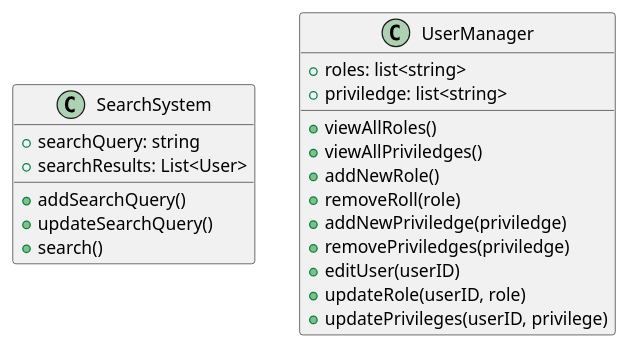
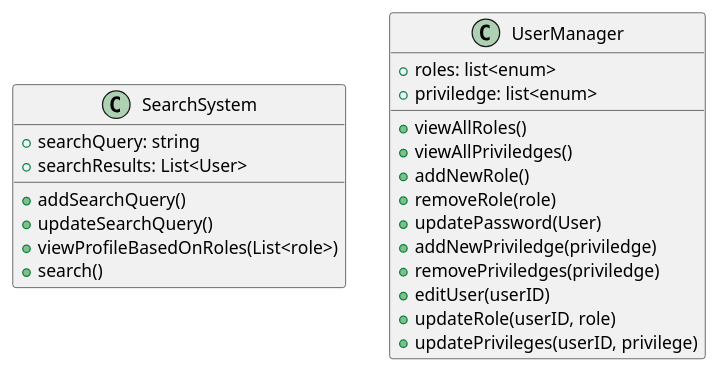
The diagram in manage_users.plantuml (anshium/DASS-Assignment-3-IMS-System-Design), drawn with PlantUML before and after one commit. The commit also changed 4 other files, not shown here.

```diff
--- a/manage_users.plantuml
+++ b/manage_users.plantuml
@@ -1,29 +1,31 @@
 @startuml manage_users
 
 class SearchSystem {
    + searchQuery: string
    + searchResults: List<User>
 
    + addSearchQuery()
    + updateSearchQuery()
+   + viewProfileBasedOnRoles(List<role>)
    + search()
 }
 
 class UserManager {
-	+ roles: list<string>
-	+ priviledge: list<string>
+	+ roles: list<enum>
+	+ priviledge: list<enum>
 	
 	+ viewAllRoles()
 	+ viewAllPriviledges()
 	+ addNewRole()
-	+ removeRoll(role)
+	+ removeRole(role)
+	+ updatePassword(User)
 	+ addNewPriviledge(priviledge)
 	+ removePriviledges(priviledge)
 	+ editUser(userID)
 	+ updateRole(userID, role)
 	+ updatePrivileges(userID, privilege)
 	'Set Standards'
 
 }
 
 @enduml
```
